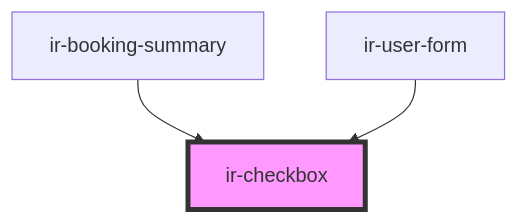
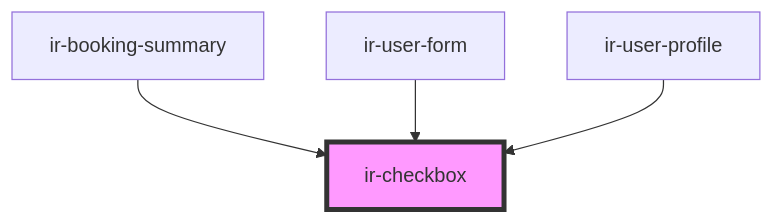
One commit to RonyRizk/ir-be changed the diagram in src/components/ui/ir-checkbox/readme.md. Above: the diagram before and after it, drawn with Mermaid. The commit also changed other lines of this file and 89 other files, not shown here.

````diff
--- a/src/components/ui/ir-checkbox/readme.md
+++ b/src/components/ui/ir-checkbox/readme.md
@@ -34,6 +35,7 @@
 ```mermaid
 graph TD;
   ir-booking-summary --> ir-checkbox
   ir-user-form --> ir-checkbox
+  ir-user-profile --> ir-checkbox
   style ir-checkbox fill:#f9f,stroke:#333,stroke-width:4px
 ```
````
